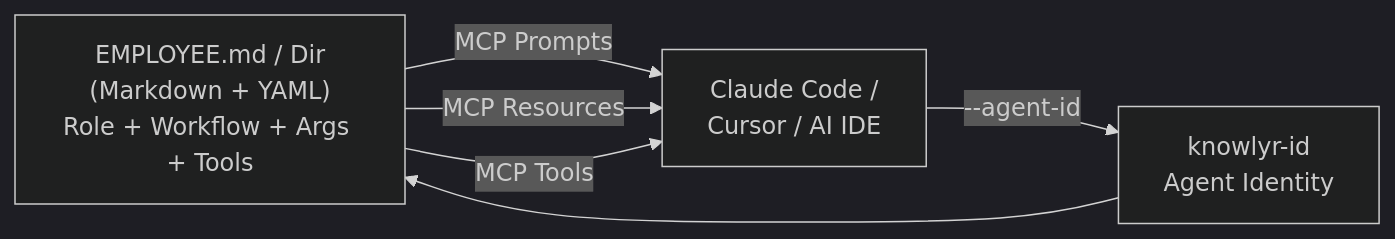
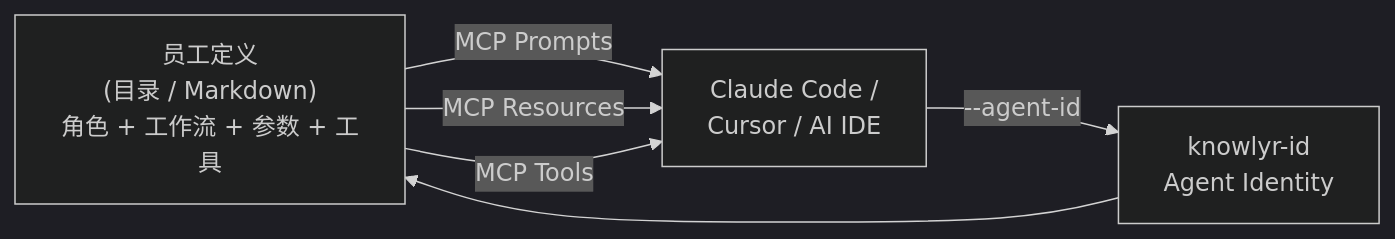
The first of 2 diagrams in README.md (liuxiaotong/knowlyr-crew), drawn with Mermaid (dark theme) before and after one commit. The commit also changed other lines of this file, not shown here.

````diff
--- a/README.md
+++ b/README.md
@@ -42,8 +46,8 @@
 ```mermaid
 graph LR
-    E["EMPLOYEE.md / Dir<br/>(Markdown + YAML)<br/>Role + Workflow + Args + Tools"] -->|MCP Prompts| IDE["Claude Code /<br/>Cursor / AI IDE"]
+    E["员工定义<br/>(目录 / Markdown)<br/>角色 + 工作流 + 参数 + 工具"] -->|MCP Prompts| IDE["Claude Code /<br/>Cursor / AI IDE"]
     E -->|MCP Resources| IDE
     E -->|MCP Tools| IDE
     IDE -->|--agent-id| ID["knowlyr-id<br/>Agent Identity"]
     ID --> E
 ```
````
